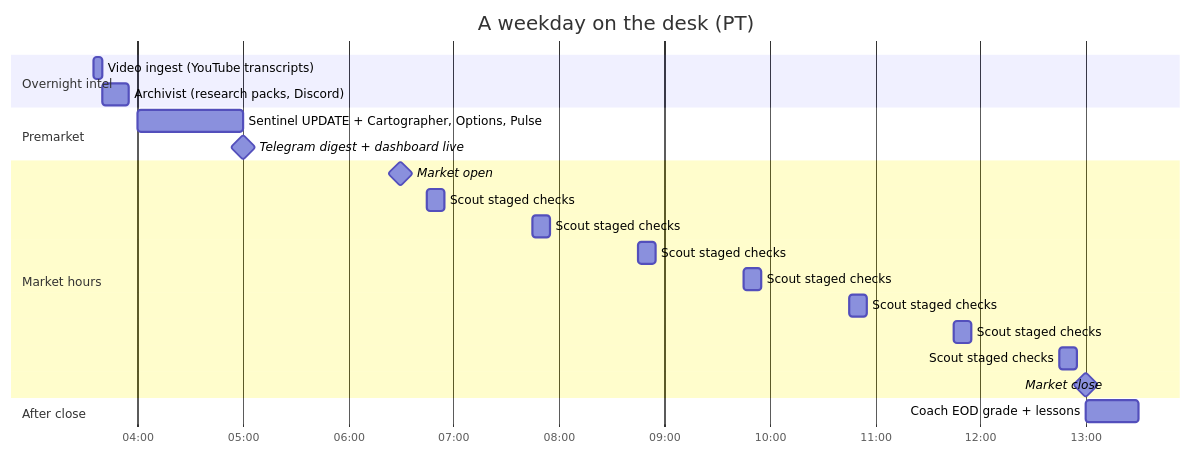
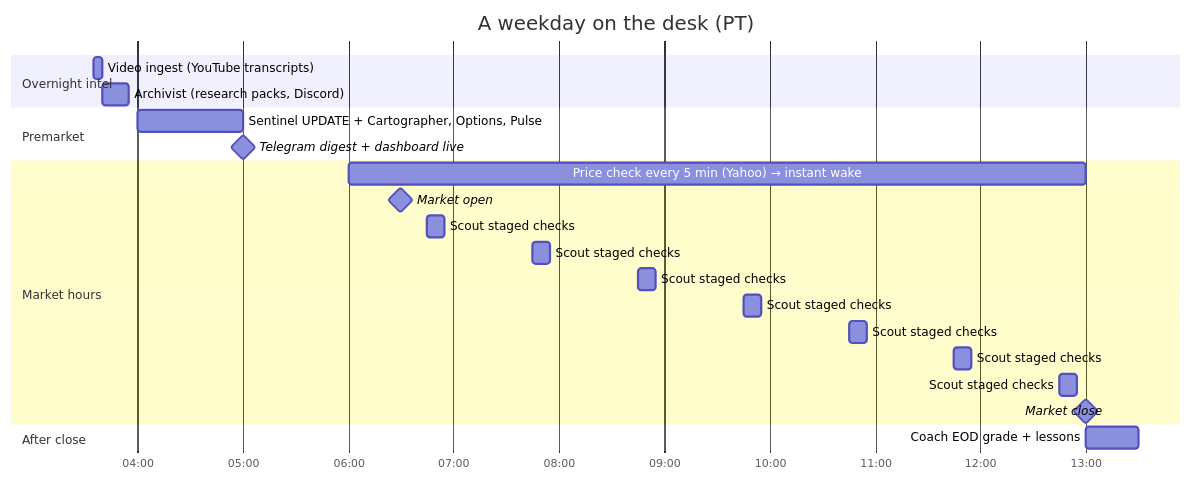
Before and after one commit to imranchatur-cpu/TradeOps-Public: the diagram in docs/CADENCE.md, drawn with Mermaid. The commit also changed other lines of this file and 9 other files, not shown here.

First line of the commit message:
Sync public pack with private: Scout instant wake, Yahoo Finance, Floor mirror

````diff
--- a/docs/CADENCE.md
+++ b/docs/CADENCE.md
@@ -5,24 +5,25 @@
 ```mermaid
 gantt
     title A weekday on the desk (PT)
     dateFormat HH:mm
     axisFormat %H:%M
     section Overnight intel
     Video ingest (YouTube transcripts)      :a1, 03:35, 5m
     Archivist (research packs, Discord)     :a2, 03:40, 15m
     section Premarket
     Sentinel UPDATE + Cartographer, Options, Pulse :b1, 04:00, 60m
     Telegram digest + dashboard live        :milestone, b2, 05:00, 0m
     section Market hours
+    Price check every 5 min (Yahoo) → instant wake :w1, 06:00, 420m
     Market open                             :milestone, c0, 06:30, 0m
     Scout staged checks                     :c1, 06:45, 10m
     Scout staged checks                     :c2, 07:45, 10m
     Scout staged checks                     :c3, 08:45, 10m
     Scout staged checks                     :c4, 09:45, 10m
     Scout staged checks                     :c5, 10:45, 10m
     Scout staged checks                     :c6, 11:45, 10m
     Scout staged checks                     :c7, 12:45, 10m
     Market close                            :milestone, c9, 13:00, 0m
     section After close
     Coach EOD grade + lessons               :d1, 13:00, 30m
 ```
````
